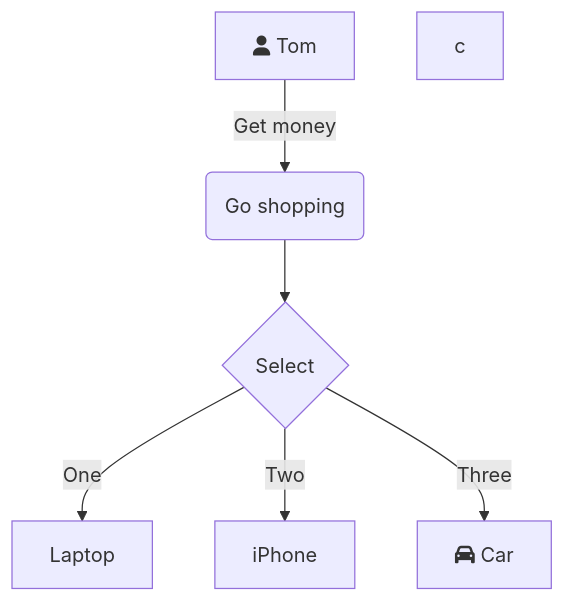
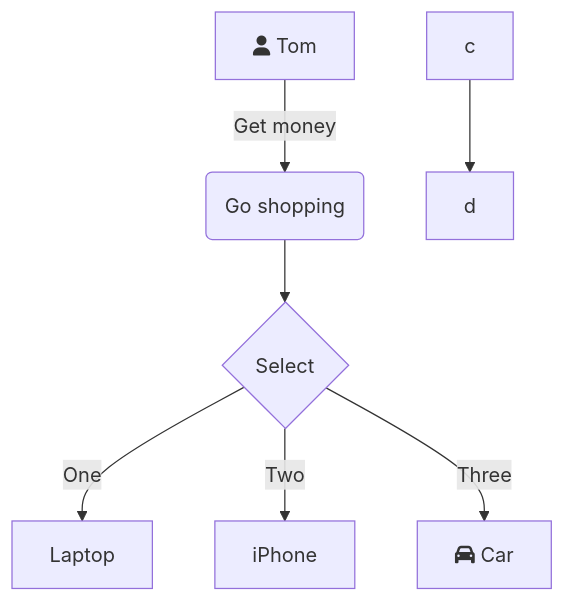
One commit to 2187739205/iodraw-files changed the diagram in all/未命名.md. Above: the diagram before and after it, drawn with Mermaid.

Commit message:
2025-06-17 14:40:18 update

````diff
--- a/all/未命名.md
+++ b/all/未命名.md
@@ -1,9 +1,9 @@
 ```mermaid
 graph TD
     A[fa:fa-user Tom] -->|Get money| B(Go shopping)
     B --> C{Select}
     C -->|One| D[Laptop]
     C -->|Two| E[iPhone]
     C -->|Three| F[fa:fa-car Car]
-  c
+  c-->d
 ```
````
